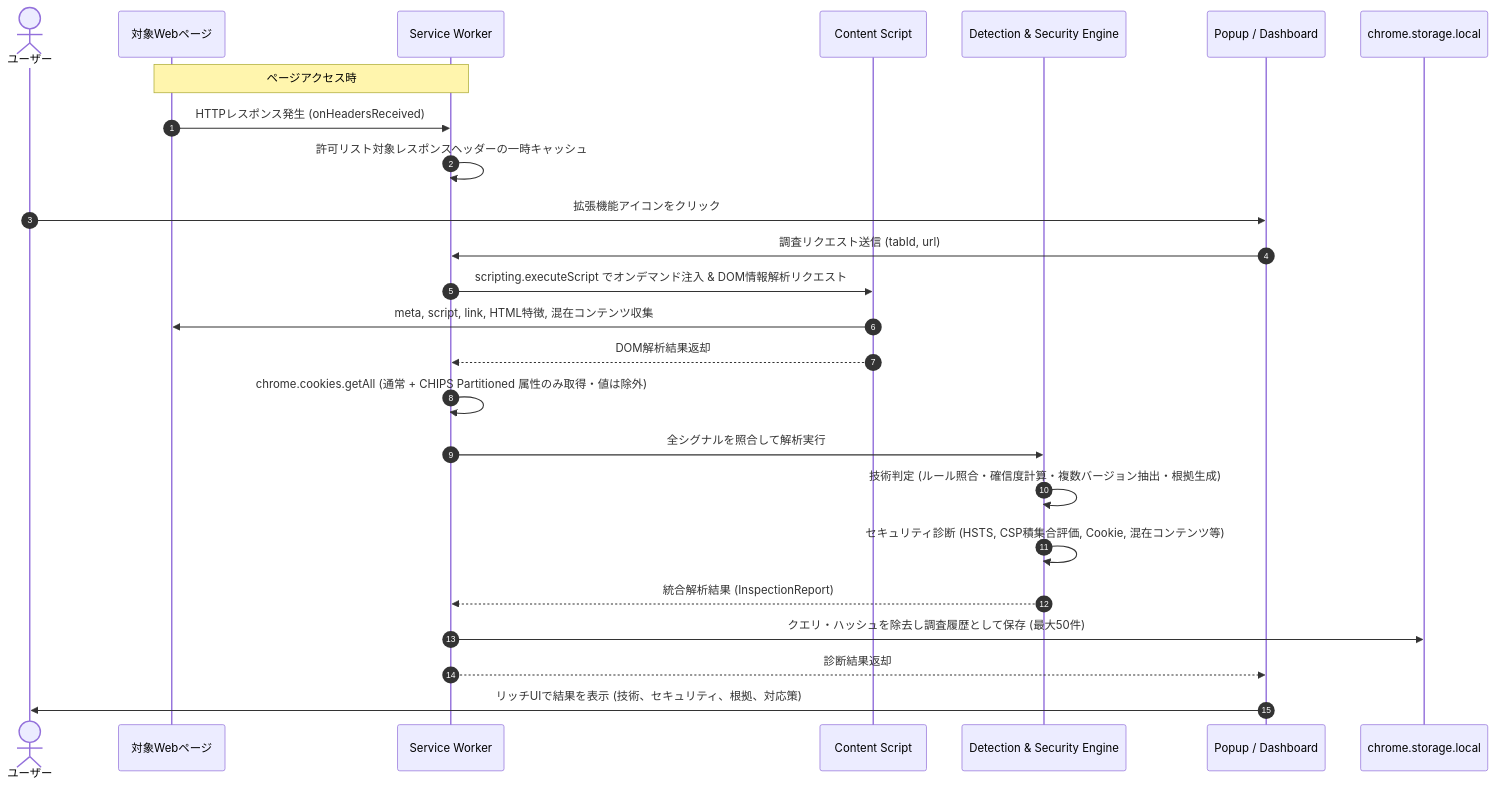
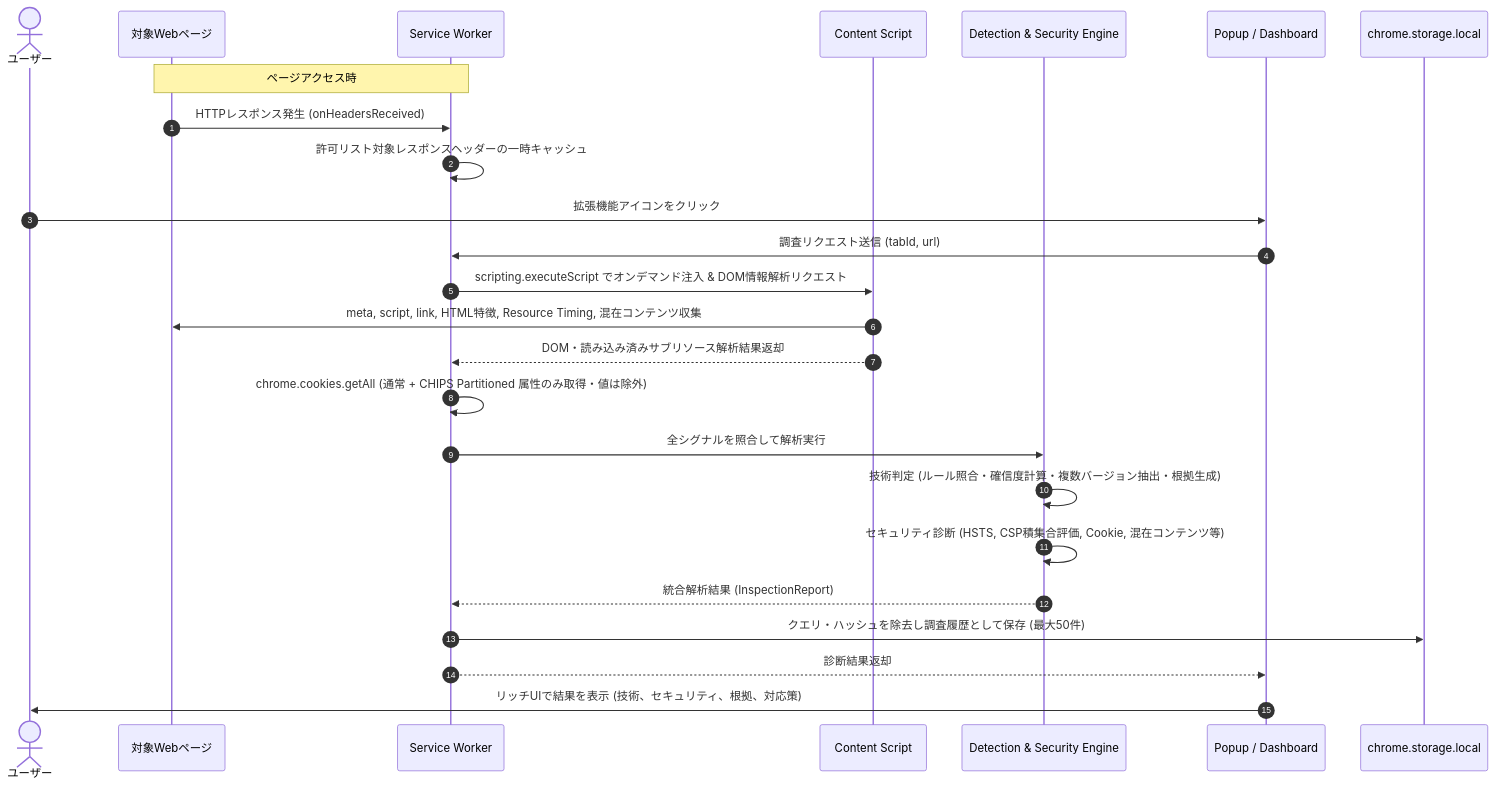
Before and after one commit to moritama/web-inspector: the second of 3 diagrams in README.md, drawn with Mermaid. The commit also changed other lines of this file and 16 other files, not shown here.

````diff
--- a/README.md
+++ b/README.md
@@ -201,29 +201,29 @@
 ```mermaid
 sequenceDiagram
     autonumber
     actor User as ユーザー
     participant Tab as 対象Webページ
     participant SW as Service Worker
     participant CS as Content Script
     participant Engine as Detection & Security Engine
     participant Popup as Popup / Dashboard
     participant Storage as chrome.storage.local
 
     Note over Tab,SW: ページアクセス時
     Tab->>SW: HTTPレスポンス発生 (onHeadersReceived)
     SW->>SW: 許可リスト対象レスポンスヘッダーの一時キャッシュ
 
     User->>Popup: 拡張機能アイコンをクリック
     Popup->>SW: 調査リクエスト送信 (tabId, url)
     SW->>CS: scripting.executeScript でオンデマンド注入 & DOM情報解析リクエスト
-    CS->>Tab: meta, script, link, HTML特徴, 混在コンテンツ収集
-    CS-->>SW: DOM解析結果返却
+    CS->>Tab: meta, script, link, HTML特徴, Resource Timing, 混在コンテンツ収集
+    CS-->>SW: DOM・読み込み済みサブリソース解析結果返却
     SW->>SW: chrome.cookies.getAll (通常 + CHIPS Partitioned 属性のみ取得・値は除外)
     SW->>Engine: 全シグナルを照合して解析実行
     Engine->>Engine: 技術判定 (ルール照合・確信度計算・複数バージョン抽出・根拠生成)
     Engine->>Engine: セキュリティ診断 (HSTS, CSP積集合評価, Cookie, 混在コンテンツ等)
     Engine-->>SW: 統合解析結果 (InspectionReport)
     SW->>Storage: クエリ・ハッシュを除去し調査履歴として保存 (最大50件)
     SW-->>Popup: 診断結果返却
     Popup->>User: リッチUIで結果を表示 (技術、セキュリティ、根拠、対応策)
 ```
````
